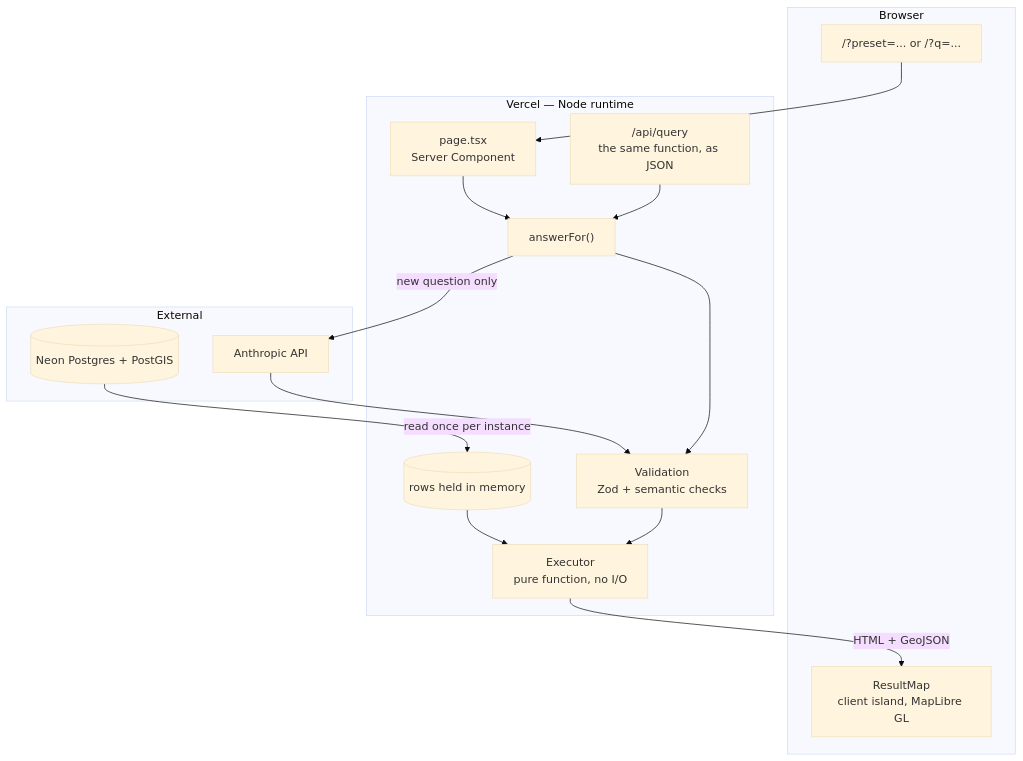
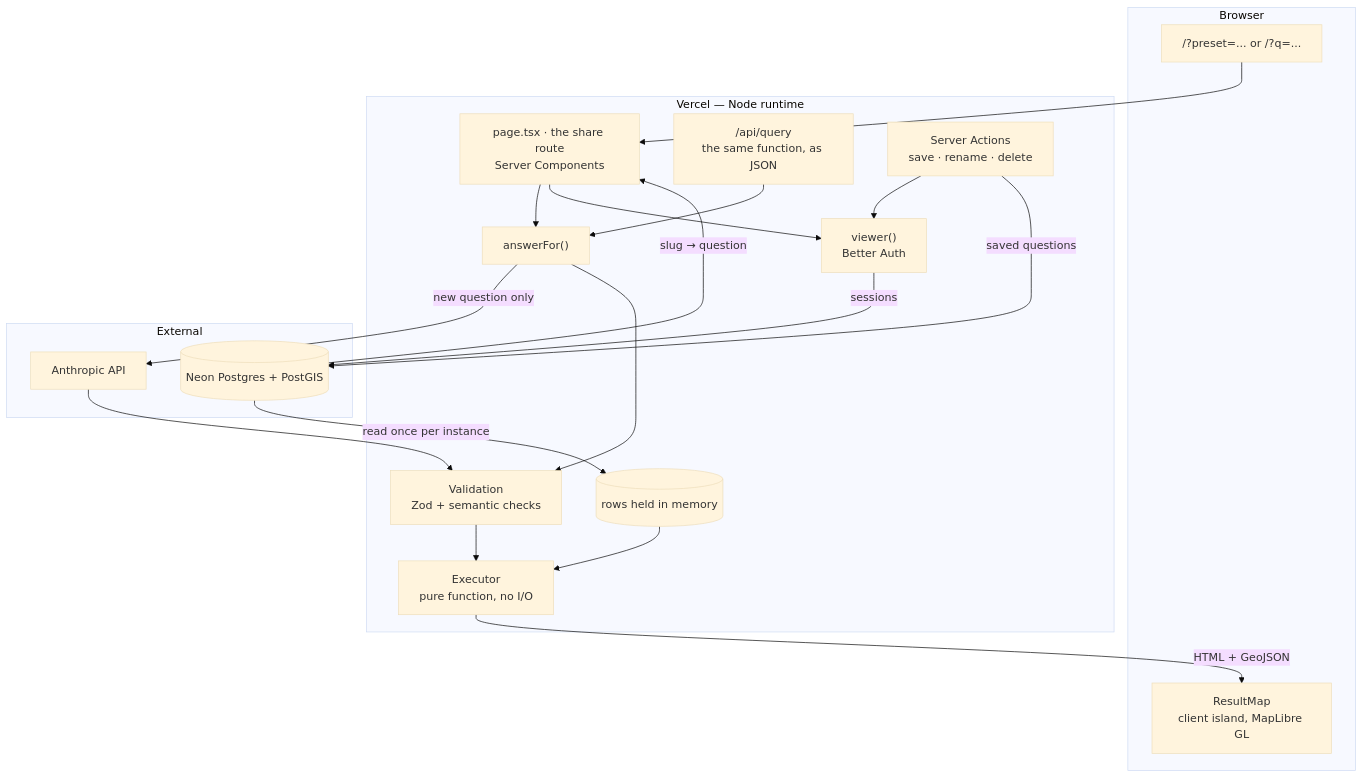
One commit to Changliu53/catchment changed the diagram in README.md. Above: the diagram before and after it, drawn with Mermaid (base theme). The commit also changed other lines of this file and 31 other files, not shown here.

````diff
--- a/README.md
+++ b/README.md
@@ -22,32 +23,39 @@
 ```mermaid
 flowchart TB
   subgraph browser["Browser"]
     URL["/?preset=... or /?q=..."]
     MAP["ResultMap<br/>client island, MapLibre GL"]
   end
 
   subgraph server["Vercel — Node runtime"]
-    PAGE["page.tsx<br/>Server Component"]
+    PAGE["page.tsx · the share route<br/>Server Components"]
     ANS["answerFor()"]
     VAL["Validation<br/>Zod + semantic checks"]
     EXE["Executor<br/>pure function, no I/O"]
     MEM[("rows held in memory")]
     API["/api/query<br/>the same function, as JSON"]
+    ACT["Server Actions<br/>save · rename · delete"]
+    SES["viewer()<br/>Better Auth"]
   end
 
   subgraph ext["External"]
     DB[("Neon Postgres + PostGIS")]
     LLM["Anthropic API"]
   end
 
   URL --> PAGE
   PAGE --> ANS
   API --> ANS
   ANS -->|"new question only"| LLM
   LLM --> VAL
   ANS --> VAL
   VAL --> EXE
   MEM --> EXE
   DB -->|"read once per instance"| MEM
   EXE -->|"HTML + GeoJSON"| MAP
+  PAGE --> SES
+  ACT --> SES
+  SES -->|"sessions"| DB
+  ACT -->|"saved questions"| DB
+  DB -->|"slug → question"| PAGE
 ```
````
